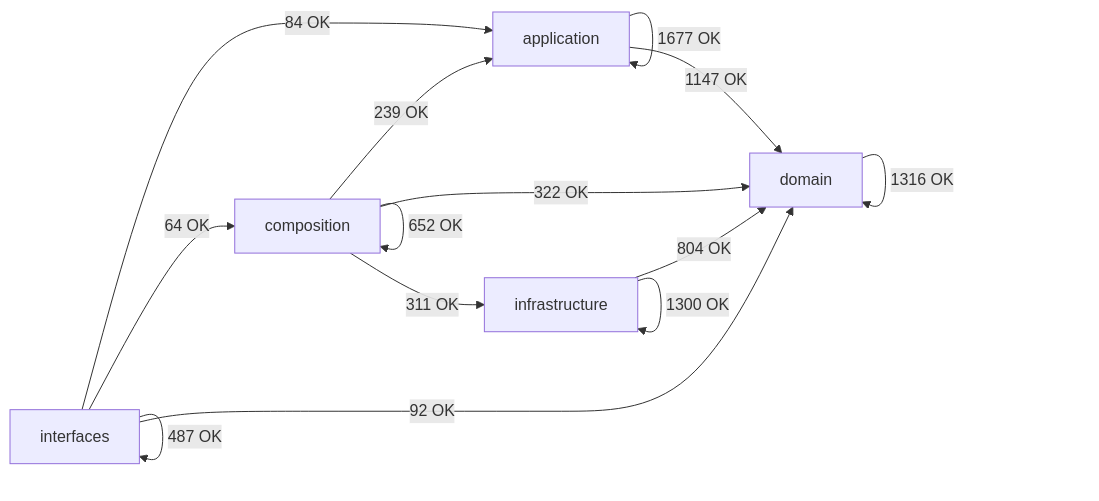
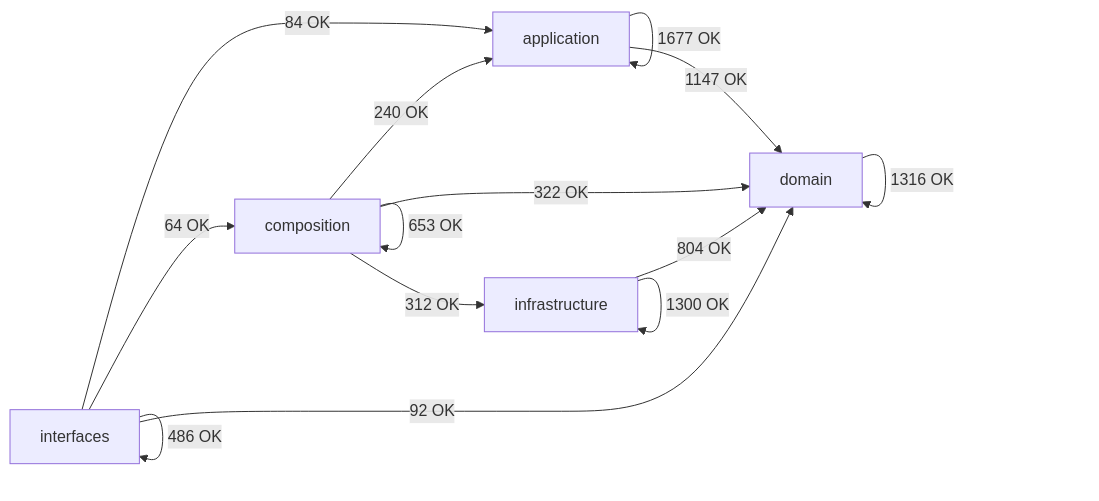
The diagram in docs/02-architecture/generated/module-dependency-map.md (SatoryKono/BioactivityDataAcquisition), drawn with Mermaid before and after one commit. The commit also changed other lines of this file and 19 other files, not shown here.

````diff
--- a/docs/02-architecture/generated/module-dependency-map.md
+++ b/docs/02-architecture/generated/module-dependency-map.md
@@ -17,21 +17,21 @@
 ```mermaid
 flowchart LR
     domain[domain]
     application[application]
     infrastructure[infrastructure]
     composition[composition]
     interfaces[interfaces]
     application -->|1677 OK| application
     application -->|1147 OK| domain
-    composition -->|239 OK| application
-    composition -->|652 OK| composition
+    composition -->|240 OK| application
+    composition -->|653 OK| composition
     composition -->|322 OK| domain
-    composition -->|311 OK| infrastructure
+    composition -->|312 OK| infrastructure
     domain -->|1316 OK| domain
     infrastructure -->|804 OK| domain
     infrastructure -->|1300 OK| infrastructure
     interfaces -->|84 OK| application
     interfaces -->|64 OK| composition
     interfaces -->|92 OK| domain
-    interfaces -->|487 OK| interfaces
+    interfaces -->|486 OK| interfaces
 ```
````
